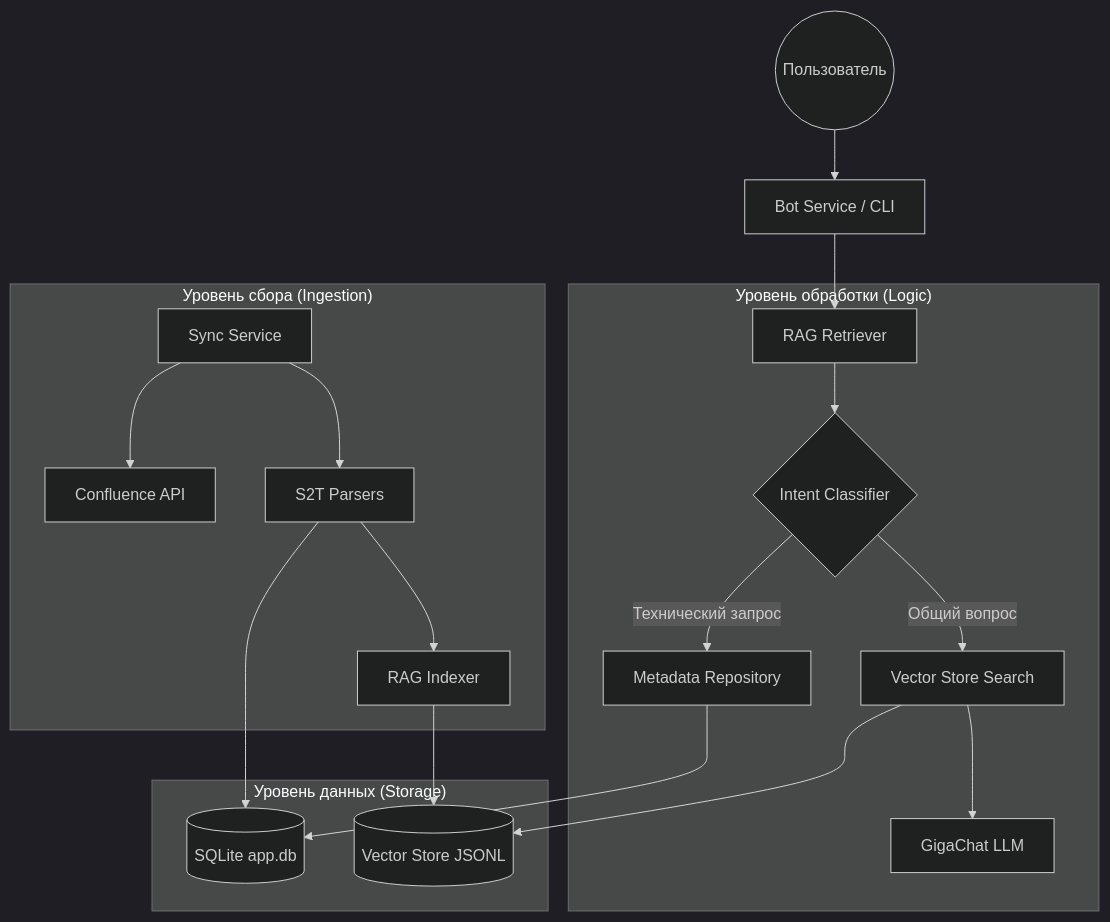
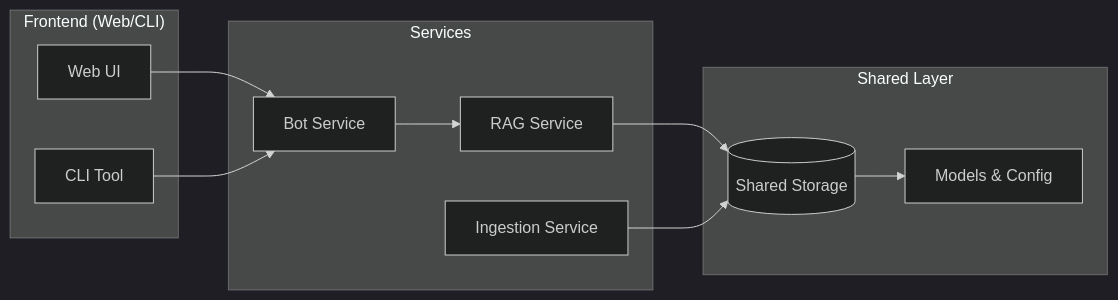
The diagram in docs/architecture.md (mylendad/confluence_bot_pub), drawn with Mermaid (dark theme) before and after one commit. The commit also changed other lines of this file and 122 other files, not shown here.

````diff
--- a/docs/architecture.md
+++ b/docs/architecture.md
@@ -60,25 +43,25 @@
 ```mermaid
-graph TD
-    User((Пользователь)) --> Bot[Bot Service / CLI]
-    Bot --> Retriever[RAG Retriever]
-    
-    subgraph "Уровень обработки (Logic)"
-        Retriever --> Classifier{Intent Classifier}
-        Classifier -- "Технический запрос" --> SQLiteRepo[Metadata Repository]
-        Classifier -- "Общий вопрос" --> VectorSearch[Vector Store Search]
-        VectorSearch --> LLM[GigaChat LLM]
+graph LR
+    subgraph "Frontend (Web/CLI)"
+        UI[Web UI]
+        CLI[CLI Tool]
     end
-    
-    subgraph "Уровень данных (Storage)"
-        SQLiteRepo --> DB[(SQLite app.db)]
-        VectorSearch --> VDB[(Vector Store JSONL)]
+
+    subgraph "Services"
+        Bot[Bot Service]
+        Ingest[Ingestion Service]
+        RAG[RAG Service]
     end
-    
-    subgraph "Уровень сбора (Ingestion)"
-        Sync[Sync Service] --> Conf[Confluence API]
-        Sync --> Parsers[S2T Parsers]
-        Parsers --> DB
-        Parsers --> Indexer[RAG Indexer]
-        Indexer --> VDB
+
+    subgraph "Shared Layer"
+        Storage[(Shared Storage)]
+        Models[Models & Config]
     end
+
+    UI --> Bot
+    CLI --> Bot
+    Bot --> RAG
+    RAG --> Storage
+    Ingest --> Storage
+    Storage --> Models
 ```
````
